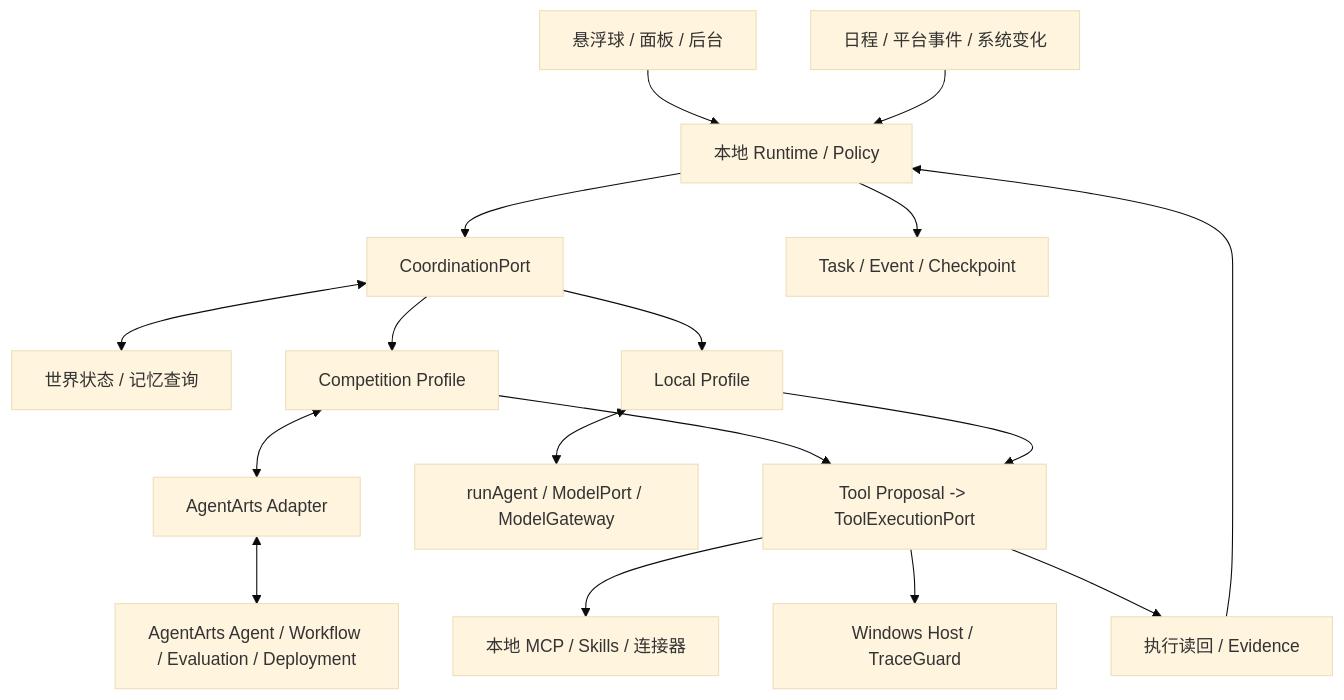
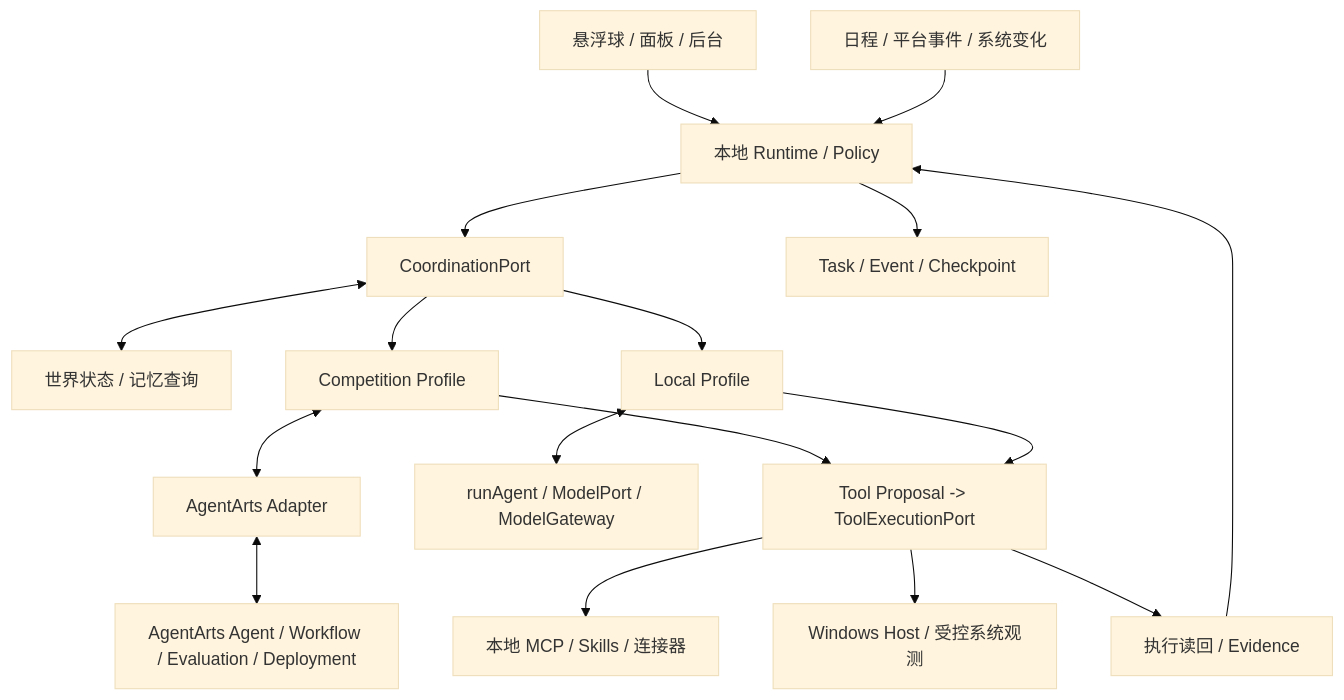
The diagram in docs/ARCHITECTURE.md (xianxing-ai/PersonalAgent), drawn with Mermaid (base theme) before and after one commit. The commit also changed other lines of this file, not shown here.

Commit message:
docs(architecture): align implemented boundaries with provisional status

````diff
--- a/docs/ARCHITECTURE.md
+++ b/docs/ARCHITECTURE.md
@@ -93,19 +93,19 @@
 ```mermaid
 flowchart TD
   UI[悬浮球 / 面板 / 后台] --> R[本地 Runtime / Policy]
   E[日程 / 平台事件 / 系统变化] --> R
   R --> Q[CoordinationPort]
   Q <--> K[世界状态 / 记忆查询]
   Q --> CP[Competition Profile]
   CP <--> AA[AgentArts Adapter]
   AA <--> CLOUD[AgentArts Agent / Workflow / Evaluation / Deployment]
   Q --> LP[Local Profile]
   LP <--> M[runAgent / ModelPort / ModelGateway]
   CP --> G[Tool Proposal -> ToolExecutionPort]
   LP --> G
   G --> C[本地 MCP / Skills / 连接器]
-  G --> W[Windows Host / TraceGuard]
+  G --> W[Windows Host / 受控系统观测]
   G --> V[执行读回 / Evidence]
   V --> R
   R --> S[Task / Event / Checkpoint]
 ```
````
